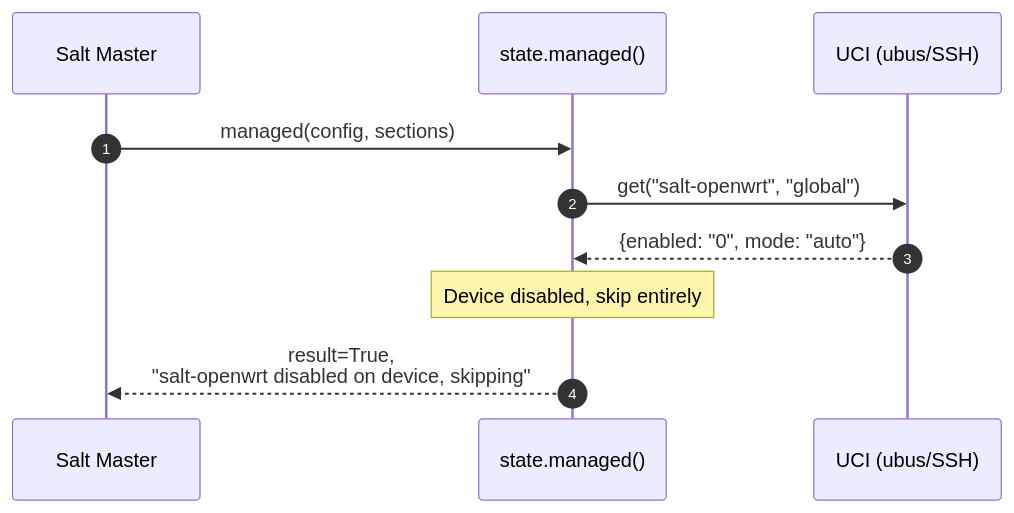
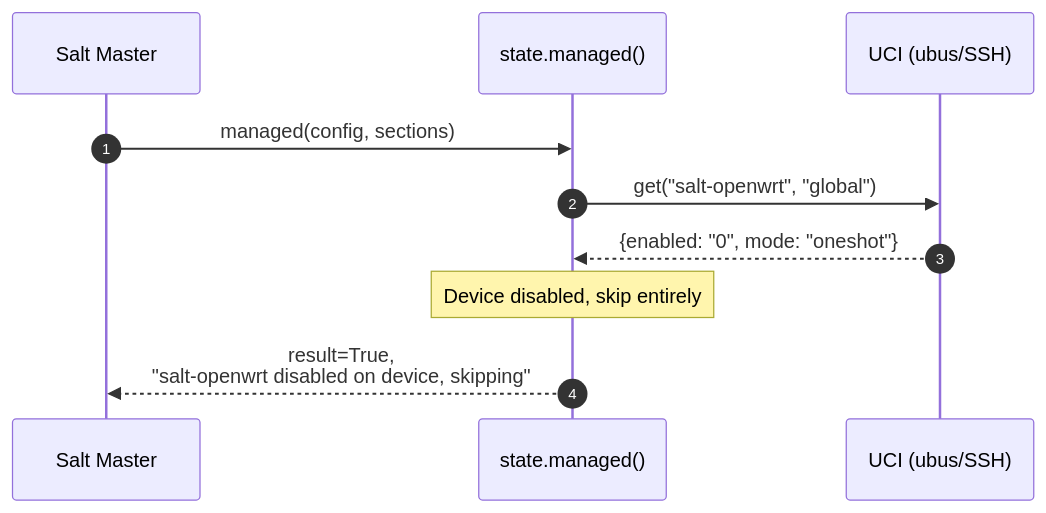
The fifth of 7 diagrams in docs/topics/managed-flow.md (cprima-homelab/saltext-openwrt-ubus), drawn with Mermaid before and after one commit. The commit also changed other lines of this file and 6 other files, not shown here.

````diff
--- a/docs/topics/managed-flow.md
+++ b/docs/topics/managed-flow.md
@@ -265,15 +257,15 @@
 ```{mermaid}
 sequenceDiagram
     autonumber
     participant Master as Salt Master
     participant State as state.managed()
     participant UCI as UCI (ubus/SSH)
 
     Master->>State: managed(config, sections)
     State->>UCI: get("salt-openwrt", "global")
-    UCI-->>State: {enabled: "0", mode: "auto"}
+    UCI-->>State: {enabled: "0", mode: "oneshot"}
 
     Note over State: Device disabled, skip entirely
 
     State-->>Master: result=True,<br/>"salt-openwrt disabled on device, skipping"
 ```
````
